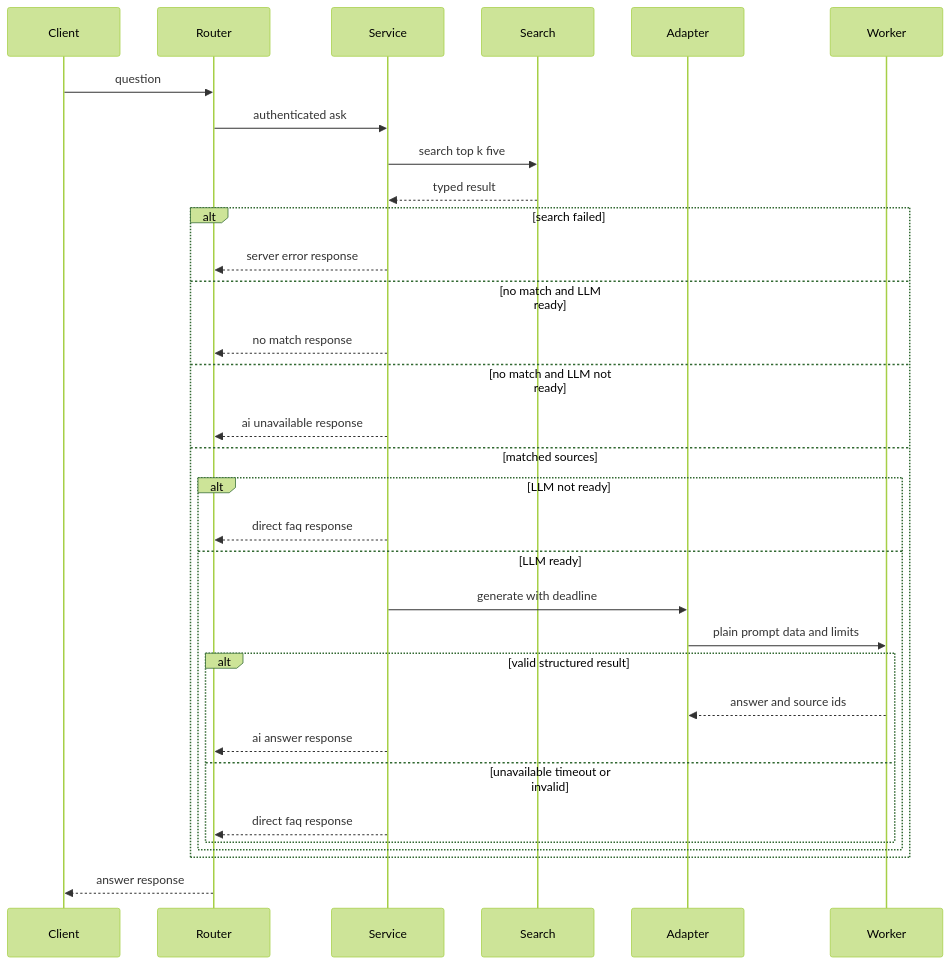
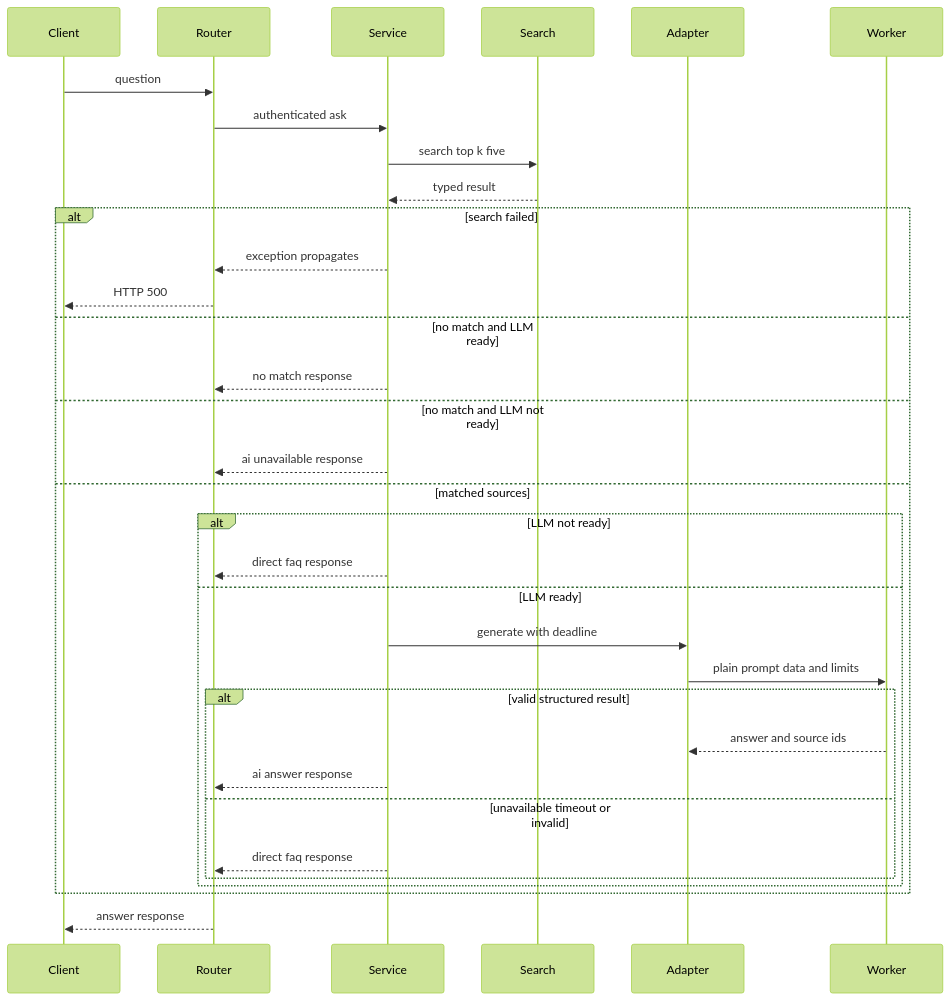
One commit to iwamuratakashi/cc-sdd-workshop-team7-helpo changed the second of 4 diagrams in .kiro/specs/ai-helpdesk-chat/design.md. Above: the diagram before and after it, drawn with Mermaid (forest theme). The commit also changed other lines of this file and 8 other files, not shown here.

````diff
--- a/.kiro/specs/ai-helpdesk-chat/design.md
+++ b/.kiro/specs/ai-helpdesk-chat/design.md
@@ -127,34 +127,35 @@
 ```mermaid
 sequenceDiagram
     participant Client
     participant Router
     participant Service
     participant Search
     participant Adapter
     participant Worker
     Client->>Router: question
     Router->>Service: authenticated ask
     Service->>Search: search top k five
     Search-->>Service: typed result
     alt search failed
-        Service-->>Router: server error response
+        Service-->>Router: exception propagates
+        Router-->>Client: HTTP 500
     else no match and LLM ready
         Service-->>Router: no match response
     else no match and LLM not ready
         Service-->>Router: ai unavailable response
     else matched sources
         alt LLM not ready
             Service-->>Router: direct faq response
         else LLM ready
             Service->>Adapter: generate with deadline
             Adapter->>Worker: plain prompt data and limits
             alt valid structured result
                 Worker-->>Adapter: answer and source ids
                 Service-->>Router: ai answer response
             else unavailable timeout or invalid
                 Service-->>Router: direct faq response
             end
         end
     end
     Router-->>Client: answer response
 ```
````
